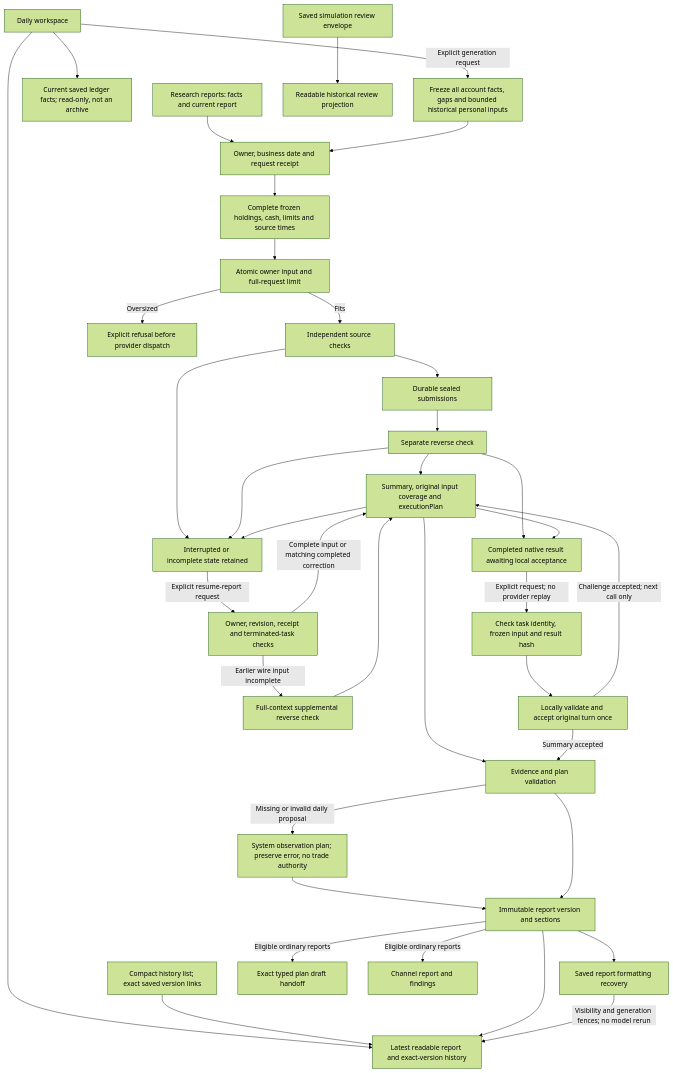
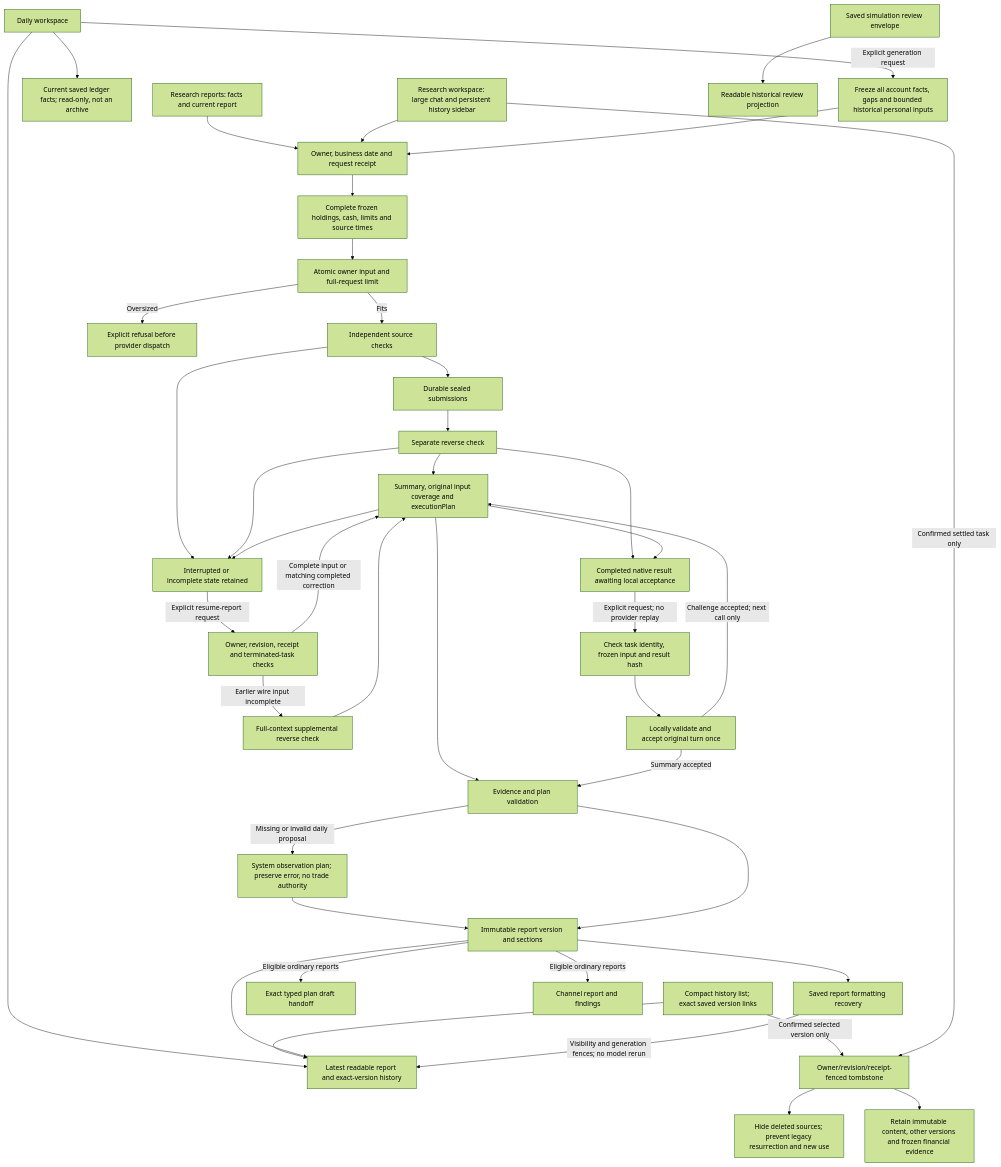
Before and after one commit to Lueyu/squabble: the second of 5 diagrams in docs/architecture.md, drawn with Mermaid (forest theme). The commit also changed other lines of this file and 78 other files, not shown here.

Commit message:
fix: simplify research chat and delete individual research records

````diff
--- a/docs/architecture.md
+++ b/docs/architecture.md
@@ -92,39 +94,44 @@
 ```mermaid
 flowchart TD
     today["Research reports: facts and current report"] --> request["Owner, business date and request receipt"]
     dailyWorkspace["Daily workspace"] --> dailyFacts["Current saved ledger facts; read-only, not an archive"]
     dailyWorkspace --> reading
     historyList["Compact history list; exact saved version links"] --> reading
+    chat["Research workspace: large chat and persistent history sidebar"] --> request
+    historyList -->|"Confirmed selected version only"| remove["Owner/revision/receipt-fenced tombstone"]
+    chat -->|"Confirmed settled task only"| remove
+    remove --> sourceFence["Hide deleted sources; prevent legacy resurrection and new use"]
+    remove --> keep["Retain immutable content, other versions and frozen financial evidence"]
     dailyWorkspace -->|"Explicit generation request"| overallFacts["Freeze all account facts, gaps and bounded historical personal inputs"]
     overallFacts --> request
     request --> frozen["Complete frozen holdings, cash, limits and source times"]
     frozen --> fit["Atomic owner input and full-request limit"]
     fit -->|"Fits"| independent["Independent source checks"]
     fit -->|"Oversized"| refuse["Explicit refusal before provider dispatch"]
     independent --> sealed["Durable sealed submissions"]
     sealed --> reverse["Separate reverse check"]
     reverse --> summary["Summary, original input coverage and executionPlan"]
     summary --> validate["Evidence and plan validation"]
     validate -->|"Missing or invalid daily proposal"| observationPlan["System observation plan; preserve error, no trade authority"]
     observationPlan --> archive
     validate --> archive["Immutable report version and sections"]
     archive --> reading["Latest readable report and exact-version history"]
     archive --> saved["Saved report formatting recovery"]
     saved -->|"Visibility and generation fences; no model rerun"| reading
     review["Saved simulation review envelope"] --> reviewProjection["Readable historical review projection"]
     archive -->|"Eligible ordinary reports"| handoff["Exact typed plan draft handoff"]
     archive -->|"Eligible ordinary reports"| channelSource["Channel report and findings"]
     independent --> interrupted["Interrupted or incomplete state retained"]
     reverse --> interrupted
     summary --> interrupted
     reverse --> returned["Completed native result awaiting local acceptance"]
     summary --> returned
     returned -->|"Explicit request; no provider replay"| reparse["Check task identity, frozen input and result hash"]
     reparse --> accept["Locally validate and accept original turn once"]
     accept -->|"Challenge accepted; next call only"| summary
     accept -->|"Summary accepted"| validate
     interrupted -->|"Explicit resume-report request"| resume["Owner, revision, receipt and terminated-task checks"]
     resume -->|"Earlier wire input incomplete"| correction["Full-context supplemental reverse check"]
     correction --> summary
     resume -->|"Complete input or matching completed correction"| summary
 ```
````
